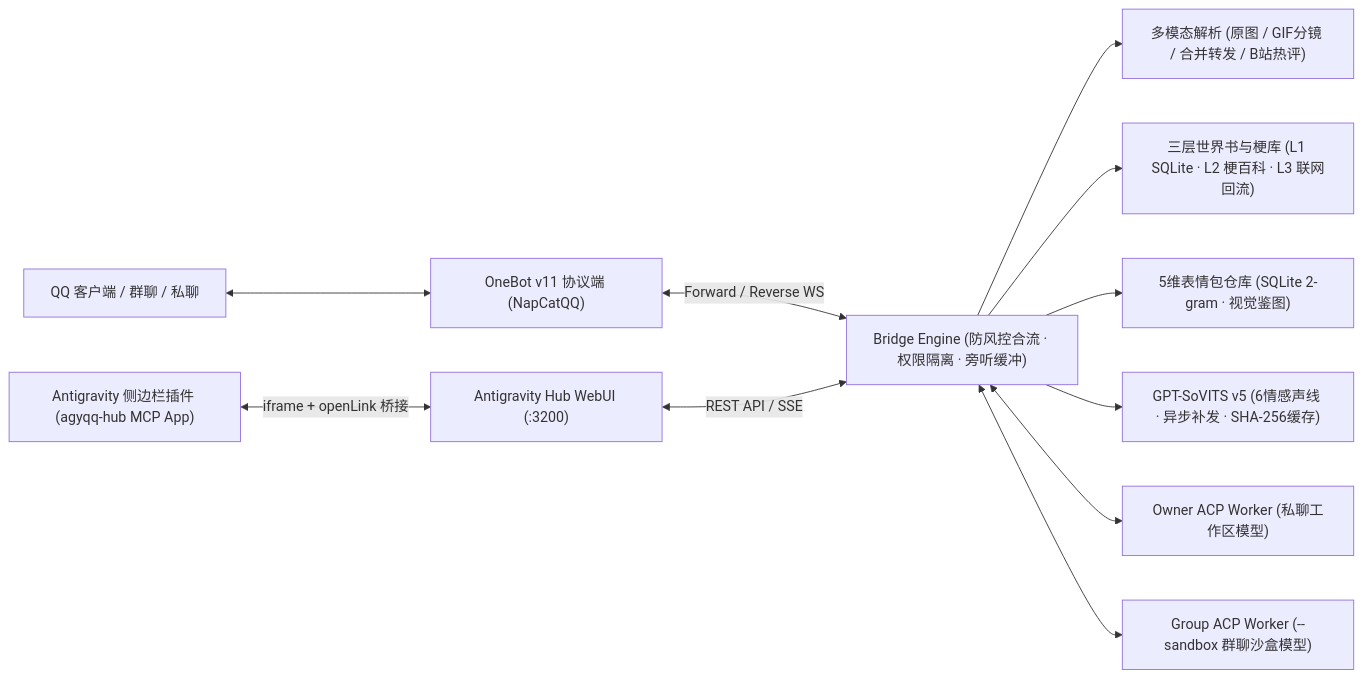
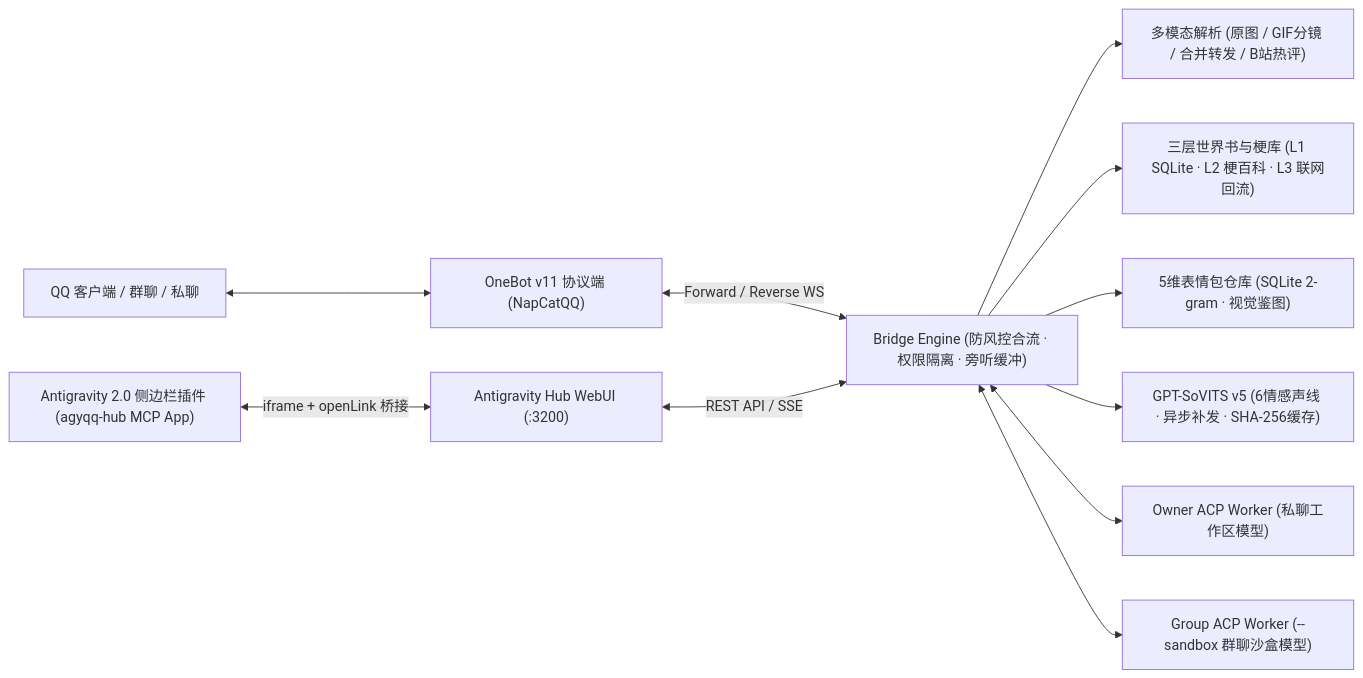
One commit to YYDYACG/antigravity-qq-bridge changed the diagram in README.md. Above: the diagram before and after it, drawn with Mermaid. The commit also changed other lines of this file and 7 other files, not shown here.

````diff
--- a/README.md
+++ b/README.md
@@ -48,16 +52,16 @@
 ```mermaid
 flowchart LR
     QQ["QQ 客户端 / 群聊 / 私聊"] <--> NapCat["OneBot v11 协议端 (NapCatQQ)"]
     NapCat <-->|"Forward / Reverse WS"| Engine["Bridge Engine (防风控合流 · 权限隔离 · 旁听缓冲)"]
 
     Engine --> Media["多模态解析 (原图 / GIF分镜 / 合并转发 / B站热评)"]
     Engine --> Lore["三层世界书与梗库 (L1 SQLite · L2 梗百科 · L3 联网回流)"]
     Engine --> Stickers["5维表情包仓库 (SQLite 2-gram · 视觉鉴图)"]
     Engine --> TTS["GPT-SoVITS v5 (6情感声线 · 异步补发 · SHA-256缓存)"]
 
     Engine <--> OwnerACP["Owner ACP Worker (私聊工作区模型)"]
     Engine <--> GroupACP["Group ACP Worker (--sandbox 群聊沙盒模型)"]
 
     Hub["Antigravity Hub WebUI (:3200)"] <-->|"REST API / SSE"| Engine
-    Plugin["Antigravity 侧边栏插件 (agyqq-hub MCP App)"] <-->|"iframe + openLink 桥接"| Hub
+    Plugin["Antigravity 2.0 侧边栏插件 (agyqq-hub MCP App)"] <-->|"iframe + openLink 桥接"| Hub
 ```
````
